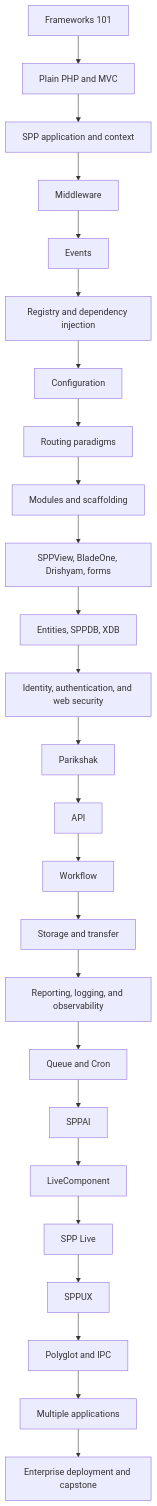
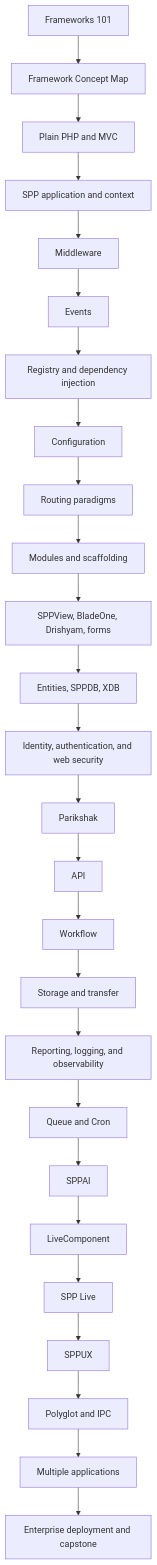
The diagram in documentation/handbook/README.md (shuklasp/spp), drawn with Mermaid before and after one commit. The commit also changed other lines of this file, not shown here.

Commit message:
Link framework concept map from handbook index

````diff
--- a/documentation/handbook/README.md
+++ b/documentation/handbook/README.md
@@ -138,27 +139,28 @@
 ```mermaid
 flowchart TD
-    A[Frameworks 101] --> B[Plain PHP and MVC]
-    B --> C[SPP application and context]
-    C --> D[Middleware]
-    D --> E[Events]
-    E --> F[Registry and dependency injection]
-    F --> G[Configuration]
-    G --> H[Routing paradigms]
-    H --> I[Modules and scaffolding]
-    I --> J[SPPView, BladeOne, Drishyam, forms]
-    J --> K[Entities, SPPDB, XDB]
-    K --> L[Identity, authentication, and web security]
-    L --> M[Parikshak]
-    M --> N[API]
-    N --> O[Workflow]
-    O --> P[Storage and transfer]
-    P --> Q[Reporting, logging, and observability]
-    Q --> R[Queue and Cron]
-    R --> S[SPPAI]
-    S --> T[LiveComponent]
-    T --> U[SPP Live]
-    U --> V[SPPUX]
-    V --> W[Polyglot and IPC]
-    W --> X[Multiple applications]
-    X --> Y[Enterprise deployment and capstone]
+    A[Frameworks 101] --> B[Framework Concept Map]
+    B --> C[Plain PHP and MVC]
+    C --> D[SPP application and context]
+    D --> E[Middleware]
+    E --> F[Events]
+    F --> G[Registry and dependency injection]
+    G --> H[Configuration]
+    H --> I[Routing paradigms]
+    I --> J[Modules and scaffolding]
+    J --> K[SPPView, BladeOne, Drishyam, forms]
+    K --> L[Entities, SPPDB, XDB]
+    L --> M[Identity, authentication, and web security]
+    M --> N[Parikshak]
+    N --> O[API]
+    O --> P[Workflow]
+    P --> Q[Storage and transfer]
+    Q --> R[Reporting, logging, and observability]
+    R --> S[Queue and Cron]
+    S --> T[SPPAI]
+    T --> U[LiveComponent]
+    U --> V[SPP Live]
+    V --> W[SPPUX]
+    W --> X[Polyglot and IPC]
+    X --> Y[Multiple applications]
+    Y --> Z[Enterprise deployment and capstone]
 ```
````
